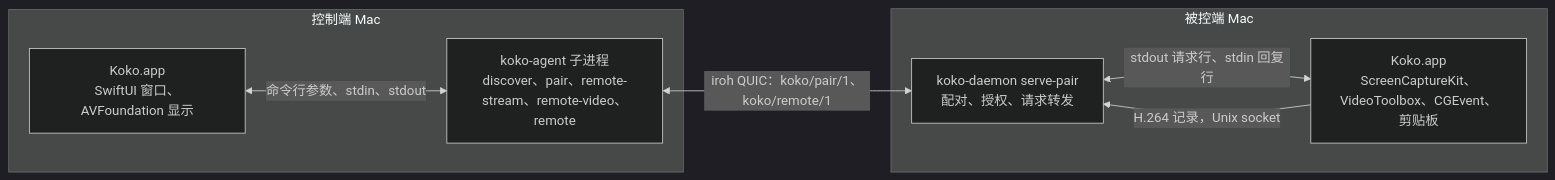
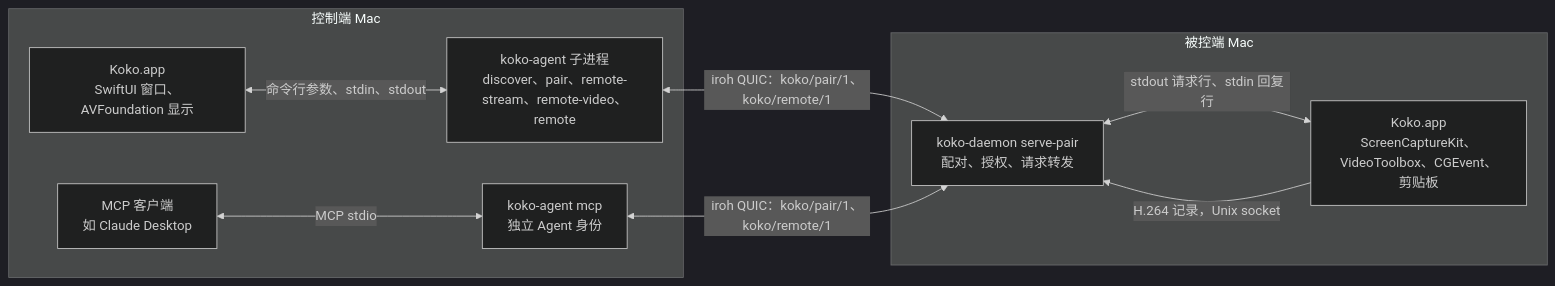
Before and after one commit to Kizai/koko: the first of 2 diagrams in docs/architecture.md, drawn with Mermaid (dark theme). The commit also changed other lines of this file and 23 other files, not shown here.

First line of the commit message:
feat(agent): 新增只读 MCP，Agent 独立身份、首次确认与信任重连

````diff
--- a/docs/architecture.md
+++ b/docs/architecture.md
@@ -13,15 +13,19 @@
 ```mermaid
 flowchart LR
     subgraph C["控制端 Mac"]
         CUI["Koko.app<br/>SwiftUI 窗口、AVFoundation 显示"]
         AG["koko-agent 子进程<br/>discover、pair、remote-stream、remote-video、remote"]
         CUI <-->|"命令行参数、stdin、stdout"| AG
+        MCPC["MCP 客户端<br/>如 Claude Desktop"]
+        MCP["koko-agent mcp<br/>独立 Agent 身份"]
+        MCPC <-->|"MCP stdio"| MCP
     end
     subgraph H["被控端 Mac"]
         D["koko-daemon serve-pair<br/>配对、授权、请求转发"]
         HUI["Koko.app<br/>ScreenCaptureKit、VideoToolbox、CGEvent、剪贴板"]
         D <-->|"stdout 请求行、stdin 回复行"| HUI
         HUI -->|"H.264 记录，Unix socket"| D
     end
     AG <-->|"iroh QUIC：koko/pair/1、koko/remote/1"| D
+    MCP <-->|"iroh QUIC：koko/pair/1、koko/remote/1"| D
 ```
````
